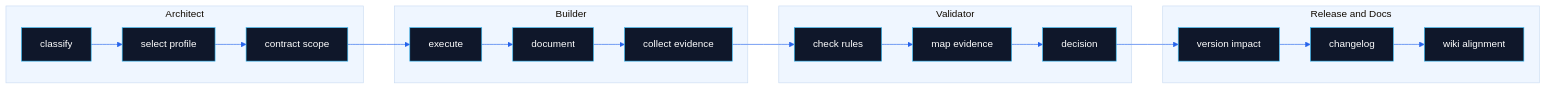
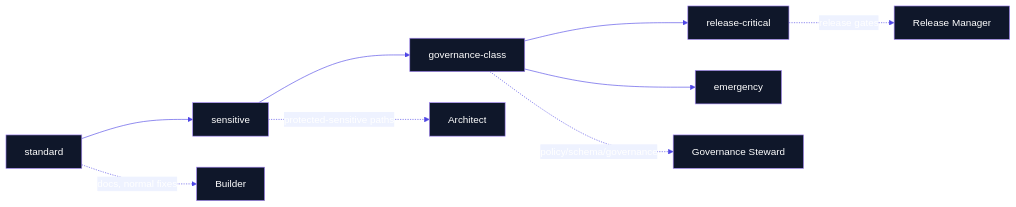
One commit to flynn33/forsetti-agentic-edition changed the third of 3 diagrams in wiki/Agent-Roles.md. Above: the diagram before and after it, drawn with Mermaid. The commit also changed other lines of this file and 11 other files, not shown here.

````diff
--- a/wiki/Agent-Roles.md
+++ b/wiki/Agent-Roles.md
@@ -40,19 +99,13 @@
 ```mermaid
-%%{init: {"theme":"base","themeVariables":{"primaryColor":"#0f172a","primaryTextColor":"#ffffff","primaryBorderColor":"#38bdf8","lineColor":"#2563eb","secondaryColor":"#f8fafc","tertiaryColor":"#eff6ff"}}}%%
+%%{init: {"theme":"base","themeVariables":{"primaryColor":"#0f172a","primaryTextColor":"#ffffff","primaryBorderColor":"#a78bfa","lineColor":"#4f46e5","secondaryColor":"#eef2ff","tertiaryColor":"#f8fafc"}}}%%
 flowchart LR
-    subgraph A["Architect"]
-        A1["classify"] --> A2["select profile"] --> A3["contract scope"]
-    end
-    subgraph B["Builder"]
-        B1["execute"] --> B2["document"] --> B3["collect evidence"]
-    end
-    subgraph V["Validator"]
-        V1["check rules"] --> V2["map evidence"] --> V3["decision"]
-    end
-    subgraph R["Release and Docs"]
-        R1["version impact"] --> R2["changelog"] --> R3["wiki alignment"]
-    end
-    A3 --> B1
-    B3 --> V1
-    V3 --> R1
+    Standard["standard"] --> Sensitive["sensitive"]
+    Sensitive --> Governance["governance-class"]
+    Governance --> ReleaseCritical["release-critical"]
+    Governance --> Emergency["emergency"]
+
+    Standard -. docs, normal fixes .-> Builder
+    Sensitive -. protected-sensitive paths .-> Architect
+    Governance -. policy/schema/governance .-> Steward["Governance Steward"]
+    ReleaseCritical -. release gates .-> Release["Release Manager"]
 ```
````
